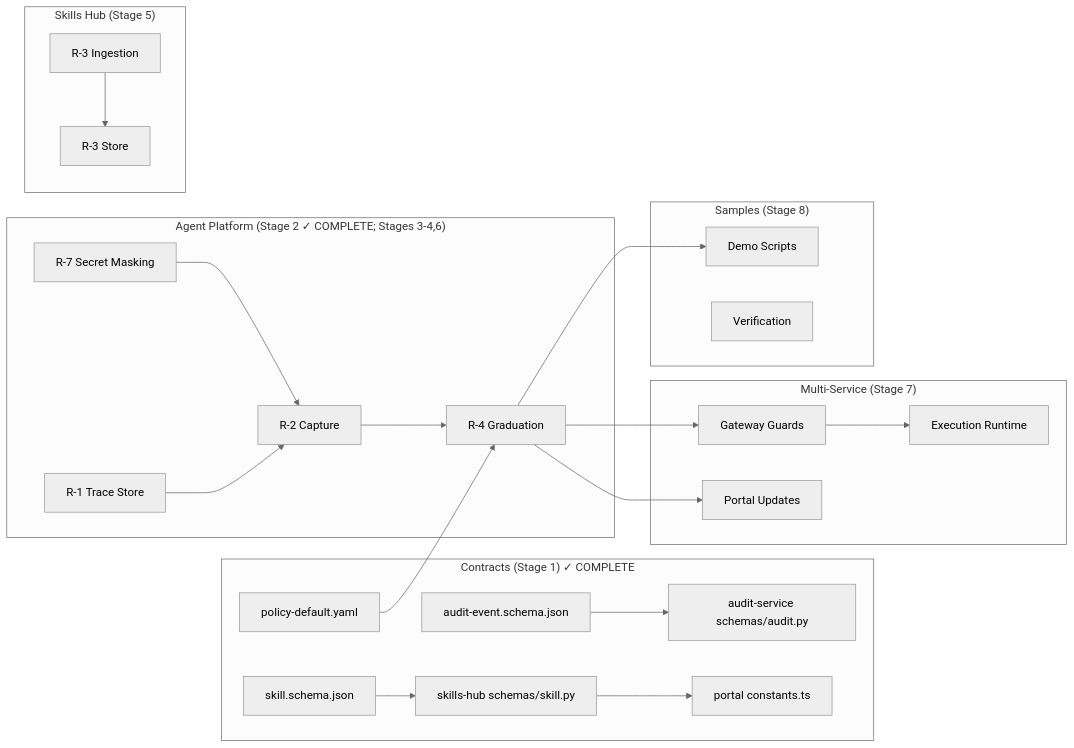
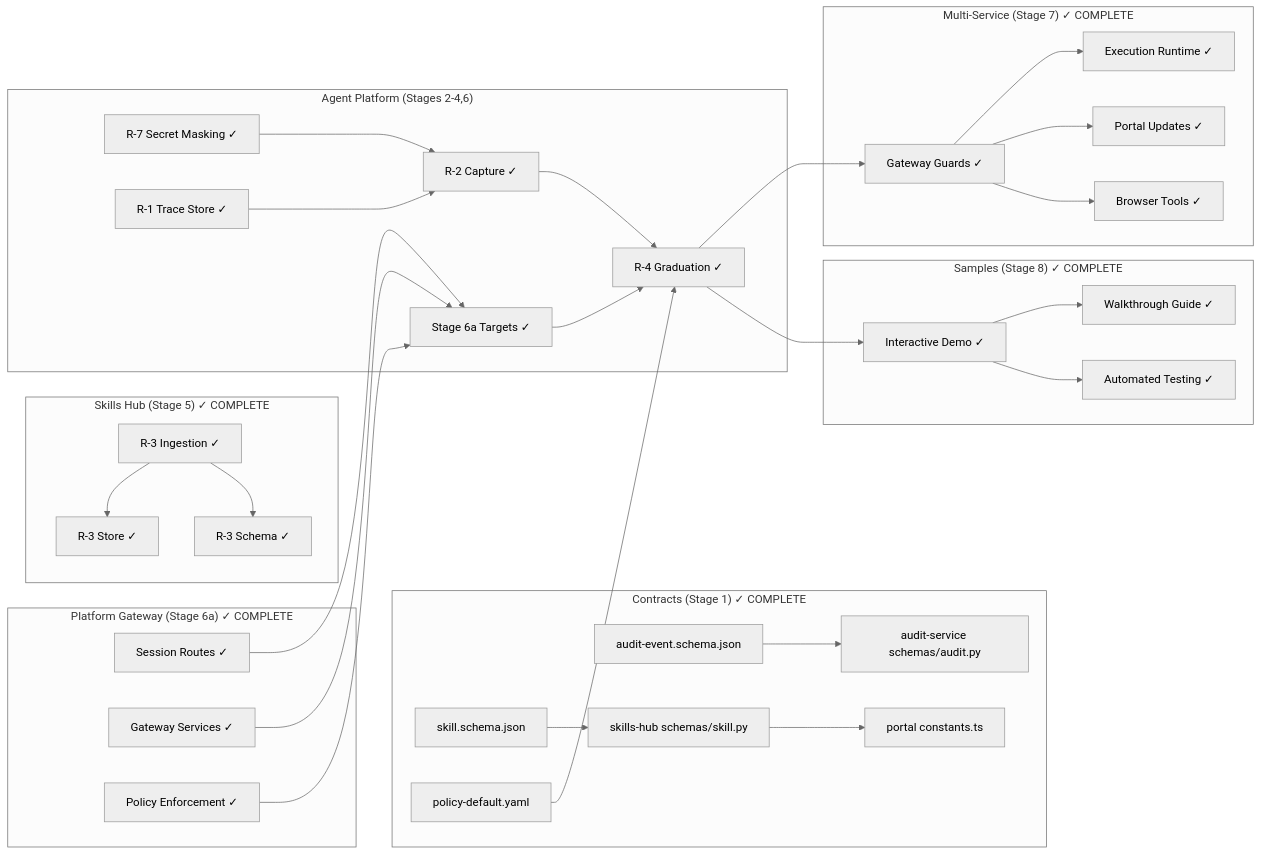
Before and after one commit to metasync/luban-aiops: diagram 11 of 11 in .qoder/repowiki/en/content/Architecture Documentation/SPEC-055_ Develop-as-You-Go Skill Graduation.md, drawn with Mermaid (neutral theme). The commit also changed other lines of this file and 48 other files, not shown here.

````diff
--- a/.qoder/repowiki/en/content/Architecture Documentation/SPEC-055_ Develop-as-You-Go Skill Graduation.md
+++ b/.qoder/repowiki/en/content/Architecture Documentation/SPEC-055_ Develop-as-You-Go Skill Graduation.md
@@ -412,42 +656,59 @@
 ```mermaid
 graph LR
 subgraph "Contracts (Stage 1) ✓ COMPLETE"
 SC_skill["skill.schema.json"]
 SC_audit["audit-event.schema.json"]
 SC_policy["policy-default.yaml"]
 SH_skill["skills-hub schemas/skill.py"]
 AUDIT_audit["audit-service schemas/audit.py"]
 PORTAL_constants["portal constants.ts"]
 end
-subgraph "Agent Platform (Stage 2 ✓ COMPLETE; Stages 3-4,6)"
-AP_mask["R-7 Secret Masking"]
-AP_trace["R-1 Trace Store"]
-AP_capture["R-2 Capture"]
-AP_grad["R-4 Graduation"]
+subgraph "Agent Platform (Stages 2-4,6)"
+AP_mask["R-7 Secret Masking ✓"]
+AP_trace["R-1 Trace Store ✓"]
+AP_capture["R-2 Capture ✓"]
+AP_grad["R-4 Graduation ✓"]
+AP_targets["Stage 6a Targets ✓"]
 end
-subgraph "Skills Hub (Stage 5)"
-SH_ingest["R-3 Ingestion"]
-SH_store["R-3 Store"]
+subgraph "Skills Hub (Stage 5) ✓ COMPLETE"
+SH_ingest["R-3 Ingestion ✓"]
+SH_store["R-3 Store ✓"]
+SH_schema["R-3 Schema ✓"]
 end
-subgraph "Multi-Service (Stage 7)"
-TG_guard["Gateway Guards"]
-ER_runtime["Execution Runtime"]
-OP_portal["Portal Updates"]
+subgraph "Platform Gateway (Stage 6a) ✓ COMPLETE"
+GW_routes["Session Routes ✓"]
+GW_services["Gateway Services ✓"]
+GW_policy["Policy Enforcement ✓"]
 end
-subgraph "Samples (Stage 8)"
-SAMPLES["Demo Scripts"]
-VERIFICATION["Verification"]
+subgraph "Multi-Service (Stage 7) ✓ COMPLETE"
+TG_guard["Gateway Guards ✓"]
+ER_runtime["Execution Runtime ✓"]
+OP_portal["Portal Updates ✓"]
+BR_tools["Browser Tools ✓"]
+end
+subgraph "Samples (Stage 8) ✓ COMPLETE"
+SAMPLES["Interactive Demo ✓"]
+WALKTHROUGH["Walkthrough Guide ✓"]
+VERIFICATION["Automated Testing ✓"]
 end
 SC_skill --> SH_skill
 SC_audit --> AUDIT_audit
 SC_policy --> AP_grad
 SH_skill --> PORTAL_constants
 AP_mask --> AP_capture
 AP_trace --> AP_capture
 AP_capture --> AP_grad
+AP_targets --> AP_grad
 SH_ingest --> SH_store
+SH_ingest --> SH_schema
+GW_routes --> AP_targets
+GW_services --> AP_targets
+GW_policy --> AP_targets
 AP_grad --> TG_guard
 TG_guard --> ER_runtime
-AP_grad --> OP_portal
+TG_guard --> OP_portal
+TG_guard --> BR_tools
 AP_grad --> SAMPLES
+SAMPLES --> WALKTHROUGH
+SAMPLES --> VERIFICATION
 ```
````
